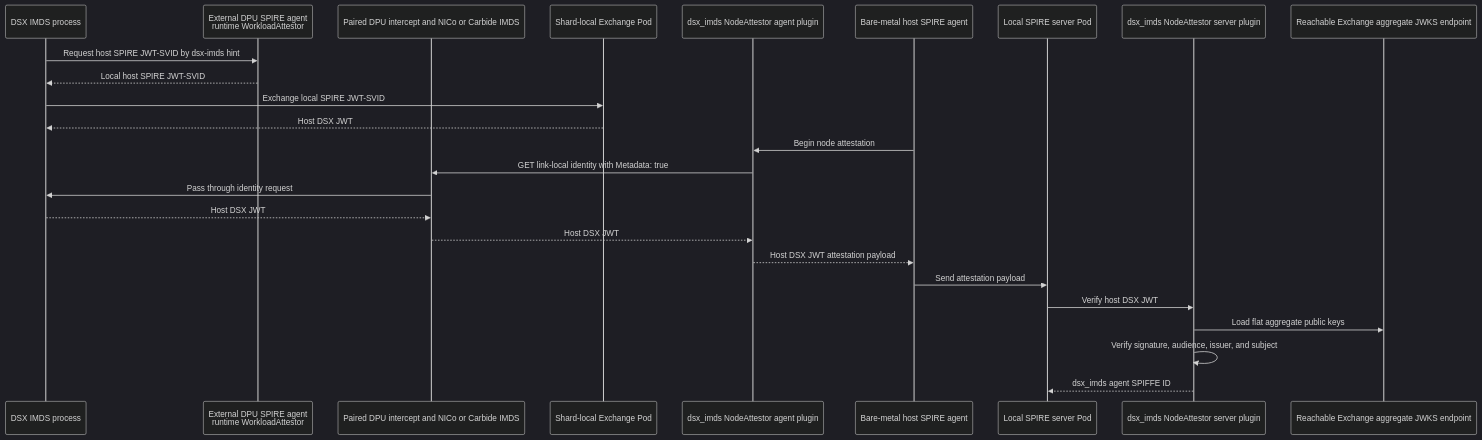
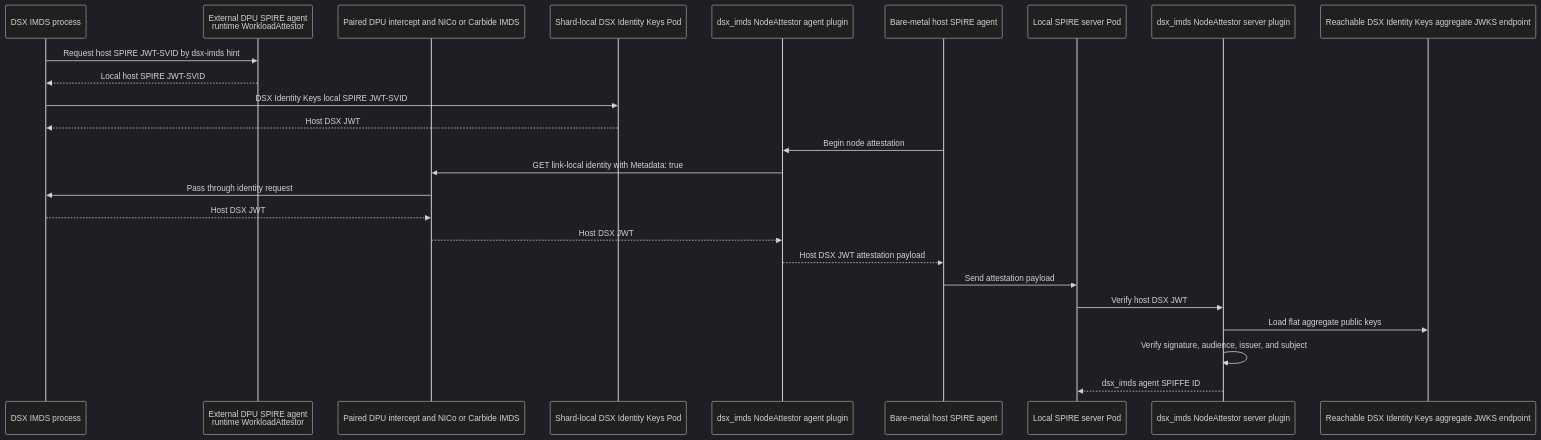
The diagram in cmd/dsx-imds-node-attestor-server/README.md (dsx-ai-factory/nvidia-workload-identity), drawn with Mermaid (dark theme) before and after one commit. The commit also changed other lines of this file and 68 other files, not shown here.

Commit message:
fix!: rename component to dsx-identity-keys

````diff
--- a/cmd/dsx-imds-node-attestor-server/README.md
+++ b/cmd/dsx-imds-node-attestor-server/README.md
@@ -7,27 +7,27 @@
 ```mermaid
 sequenceDiagram
     participant DI as DSX IMDS process
     participant DA as External DPU SPIRE agent<br/>runtime WorkloadAttestor
     participant NI as Paired DPU intercept and NICo or Carbide IMDS
-    participant EX as Shard-local Exchange Pod
+    participant EX as Shard-local DSX Identity Keys Pod
     participant AP as dsx_imds NodeAttestor agent plugin
     participant HA as Bare-metal host SPIRE agent
     participant SS as Local SPIRE server Pod
     participant SP as dsx_imds NodeAttestor server plugin
-    participant JWKS as Reachable Exchange aggregate JWKS endpoint
+    participant JWKS as Reachable DSX Identity Keys aggregate JWKS endpoint
     DI->>DA: Request host SPIRE JWT-SVID by dsx-imds hint
     DA-->>DI: Local host SPIRE JWT-SVID
-    DI->>EX: Exchange local SPIRE JWT-SVID
+    DI->>EX: DSX Identity Keys local SPIRE JWT-SVID
     EX-->>DI: Host DSX JWT
     HA->>AP: Begin node attestation
     AP->>NI: GET link-local identity with Metadata: true
     NI->>DI: Pass through identity request
     DI-->>NI: Host DSX JWT
     NI-->>AP: Host DSX JWT
     AP-->>HA: Host DSX JWT attestation payload
     HA->>SS: Send attestation payload
     SS->>SP: Verify host DSX JWT
     SP->>JWKS: Load flat aggregate public keys
     SP->>SP: Verify signature, audience, issuer, and subject
     SP-->>SS: dsx_imds agent SPIFFE ID
 ```
````
